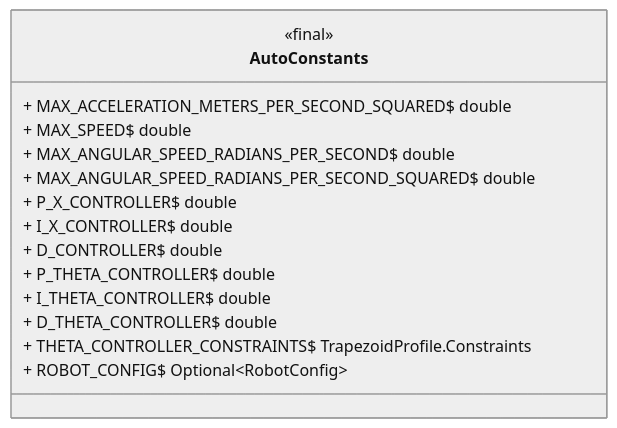
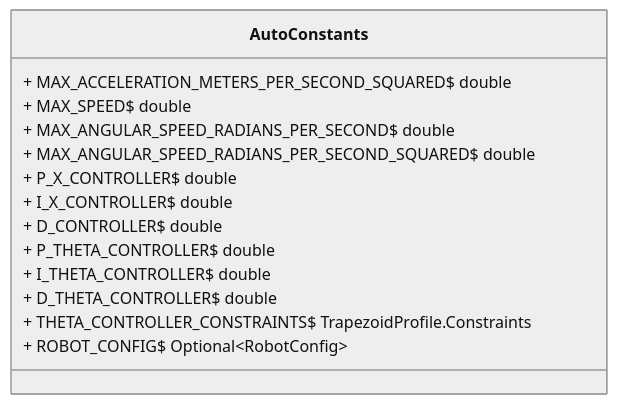
The diagram in src/uml/frc/robot/constants/AutoConstants.mmd (LakotaRobotics1038/2026RobotProject), drawn with Mermaid (neutral theme) before and after one commit. The commit also changed 78 other files, not shown here.

Commit message:
Update uml

```diff
--- a/src/uml/frc/robot/constants/AutoConstants.mmd
+++ b/src/uml/frc/robot/constants/AutoConstants.mmd
@@ -1,18 +1,17 @@
 classDiagram
   direction LR
 
   class AutoConstants {
-    <<final>>
     + MAX_ACCELERATION_METERS_PER_SECOND_SQUARED$ double
     + MAX_SPEED$ double
     + MAX_ANGULAR_SPEED_RADIANS_PER_SECOND$ double
     + MAX_ANGULAR_SPEED_RADIANS_PER_SECOND_SQUARED$ double
     + P_X_CONTROLLER$ double
     + I_X_CONTROLLER$ double
     + D_CONTROLLER$ double
     + P_THETA_CONTROLLER$ double
     + I_THETA_CONTROLLER$ double
     + D_THETA_CONTROLLER$ double
     + THETA_CONTROLLER_CONSTRAINTS$ TrapezoidProfile.Constraints
     + ROBOT_CONFIG$ Optional~RobotConfig~
   }
```
